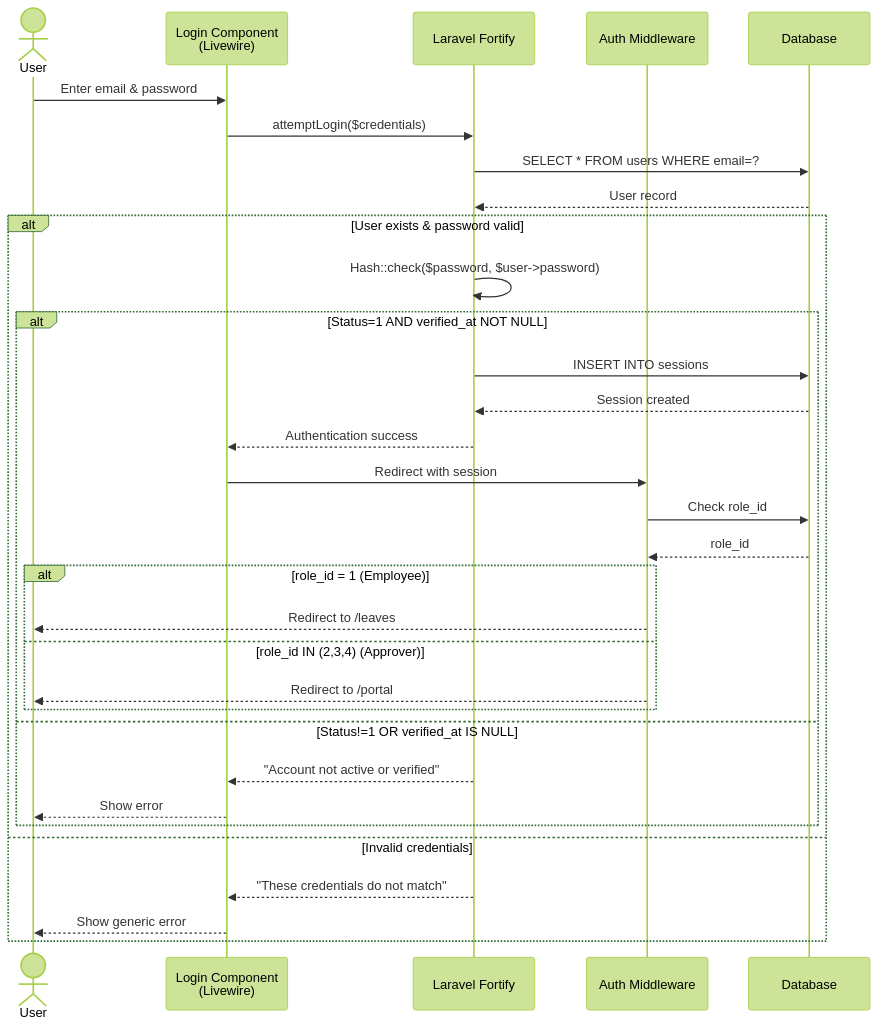
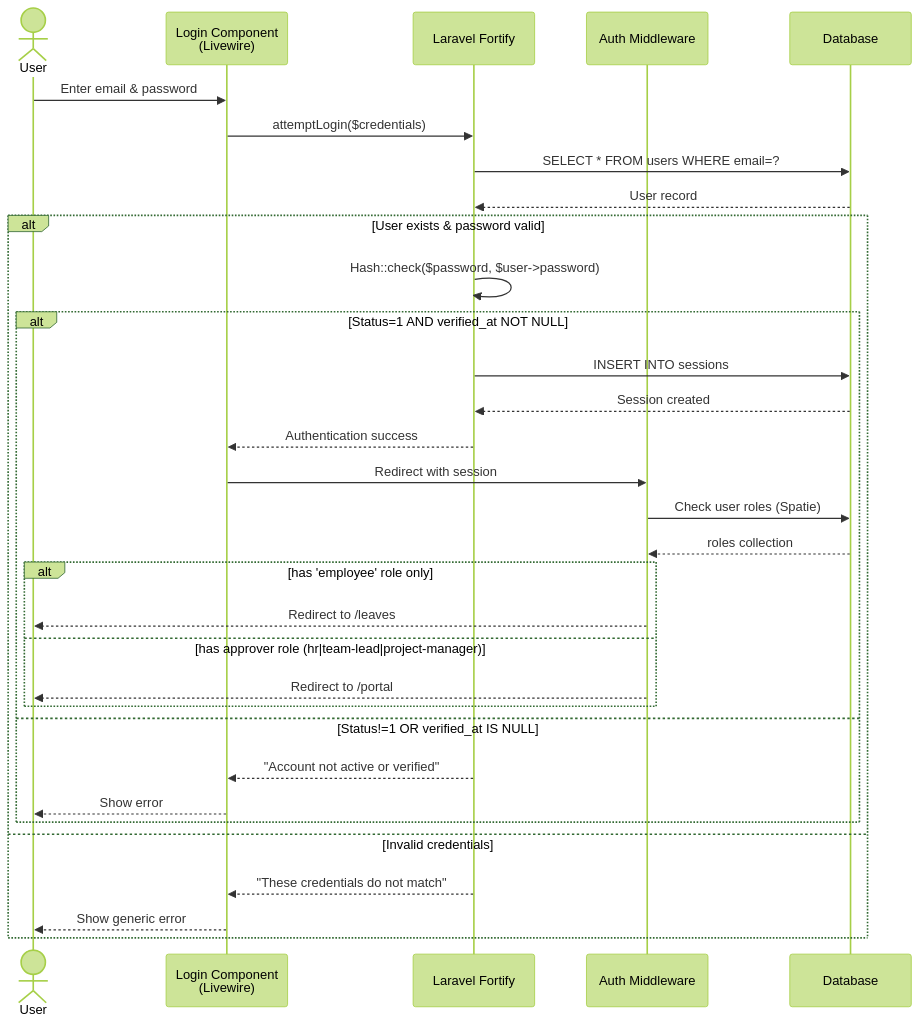
One commit to FDCWenman/fdc-lms changed the fourth of 7 diagrams in specs/001-auth-login-registration/plan.md. Above: the diagram before and after it, drawn with Mermaid (forest theme). The commit also changed other lines of this file and 2 other files, not shown here.

````diff
--- a/specs/001-auth-login-registration/plan.md
+++ b/specs/001-auth-login-registration/plan.md
@@ -137,37 +140,37 @@
 ```mermaid
 sequenceDiagram
     actor User
     participant LoginPage as Login Component<br/>(Livewire)
     participant Fortify as Laravel Fortify
     participant Auth as Auth Middleware
     participant DB as Database
     
     User->>LoginPage: Enter email & password
     LoginPage->>Fortify: attemptLogin($credentials)
     Fortify->>DB: SELECT * FROM users WHERE email=?
     DB-->>Fortify: User record
     
     alt User exists & password valid
         Fortify->>Fortify: Hash::check($password, $user->password)
         alt Status=1 AND verified_at NOT NULL
             Fortify->>DB: INSERT INTO sessions
             DB-->>Fortify: Session created
             Fortify-->>LoginPage: Authentication success
             LoginPage->>Auth: Redirect with session
-            Auth->>DB: Check role_id
-            DB-->>Auth: role_id
+            Auth->>DB: Check user roles (Spatie)
+            DB-->>Auth: roles collection
             
-            alt role_id = 1 (Employee)
+            alt has 'employee' role only
                 Auth-->>User: Redirect to /leaves
-            else role_id IN (2,3,4) (Approver)
+            else has approver role (hr|team-lead|project-manager)
                 Auth-->>User: Redirect to /portal
             end
         else Status!=1 OR verified_at IS NULL
             Fortify-->>LoginPage: "Account not active or verified"
             LoginPage-->>User: Show error
         end
     else Invalid credentials
         Fortify-->>LoginPage: "These credentials do not match"
         LoginPage-->>User: Show generic error
     end
 ```
````
